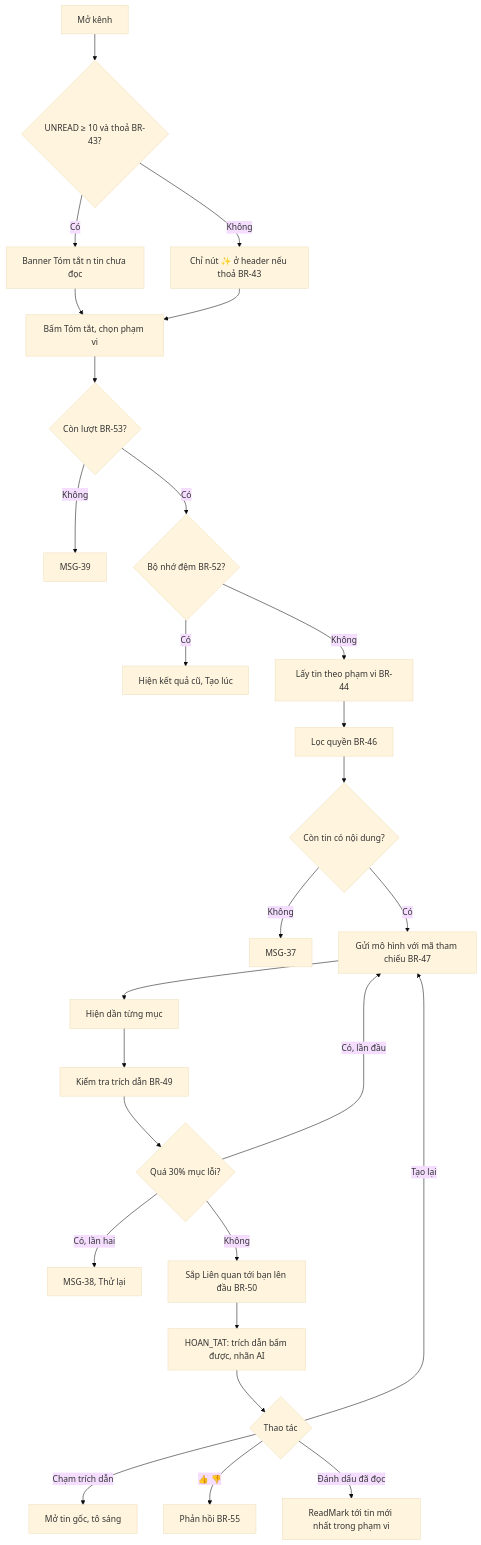
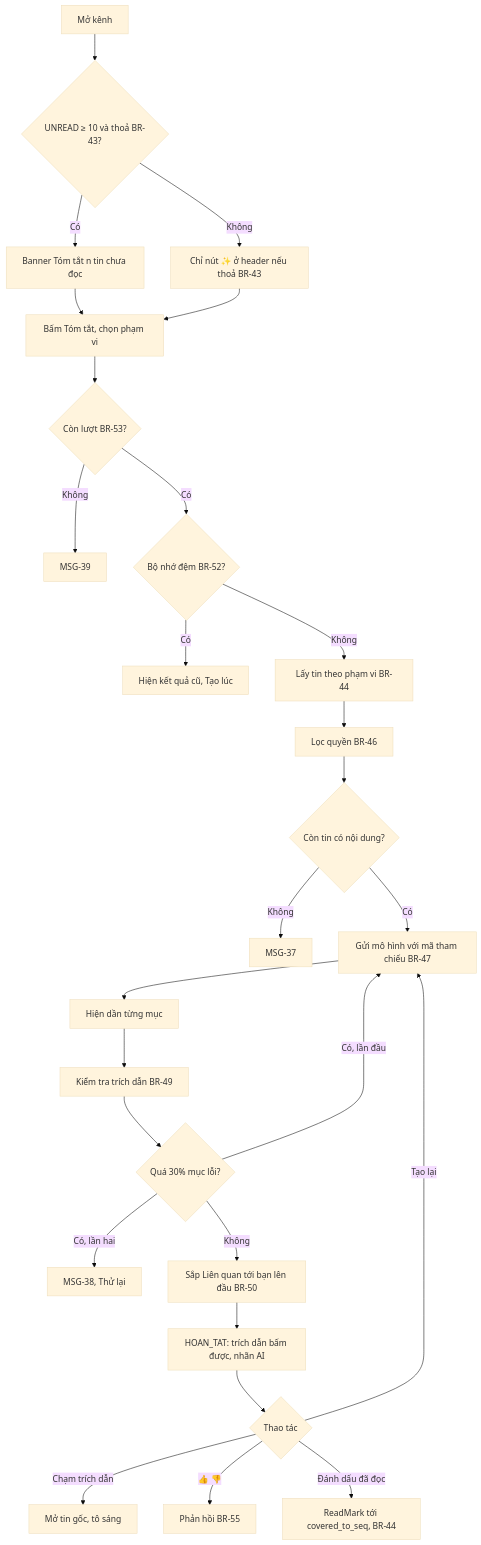
Before and after one commit to uxfoundation-vn/de08-nhan-tin-noi-bo-ai: the second of 4 diagrams in docs/TN04-ai-tom-tat/SRS.md, drawn with Mermaid (base theme). The commit also changed other lines of this file and 10 other files, not shown here.

````diff
--- a/docs/TN04-ai-tom-tat/SRS.md
+++ b/docs/TN04-ai-tom-tat/SRS.md
@@ -95,29 +95,29 @@
 ```mermaid
 flowchart TD
   A["Mở kênh"] --> B{"UNREAD ≥ 10 và thoả BR-43?"}
   B -->|Có| C["Banner Tóm tắt n tin chưa đọc"]
   B -->|Không| D["Chỉ nút ✨ ở header nếu thoả BR-43"]
   C --> E["Bấm Tóm tắt, chọn phạm vi"]
   D --> E
   E --> F{"Còn lượt BR-53?"}
   F -->|Không| F1["MSG-39"]
   F -->|Có| G{"Bộ nhớ đệm BR-52?"}
   G -->|Có| H["Hiện kết quả cũ, Tạo lúc"]
   G -->|Không| I["Lấy tin theo phạm vi BR-44"]
   I --> J["Lọc quyền BR-46"]
   J --> K{"Còn tin có nội dung?"}
   K -->|Không| K1["MSG-37"]
   K -->|Có| L["Gửi mô hình với mã tham chiếu BR-47"]
   L --> M["Hiện dần từng mục"]
   M --> N["Kiểm tra trích dẫn BR-49"]
   N --> O{"Quá 30% mục lỗi?"}
   O -->|Có, lần đầu| L
   O -->|Có, lần hai| O1["MSG-38, Thử lại"]
   O -->|Không| P["Sắp Liên quan tới bạn lên đầu BR-50"]
   P --> Q["HOAN_TAT: trích dẫn bấm được, nhãn AI"]
   Q --> R{"Thao tác"}
   R -->|Chạm trích dẫn| S["Mở tin gốc, tô sáng"]
   R -->|👍 👎| T["Phản hồi BR-55"]
   R -->|Tạo lại| L
-  R -->|Đánh dấu đã đọc| U["ReadMark tới tin mới nhất trong phạm vi"]
+  R -->|Đánh dấu đã đọc| U["ReadMark tới covered_to_seq, BR-44"]
 ```
````
